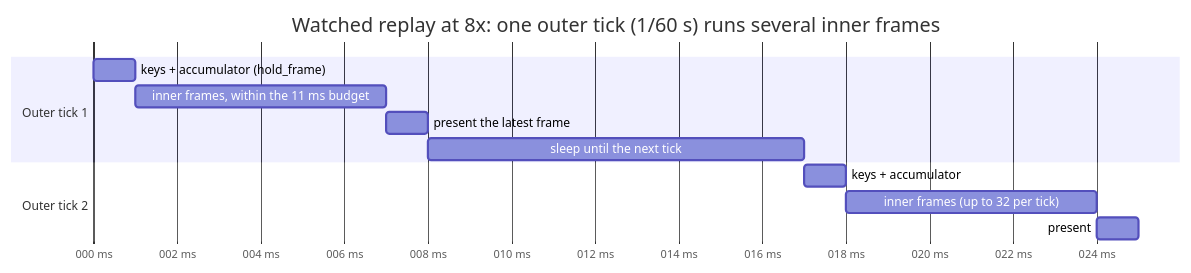
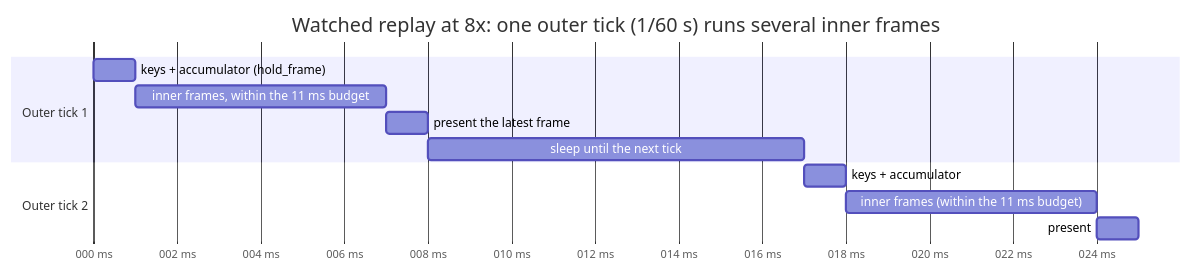
Before and after one commit to terrysimons/glitchygames: the third of 5 diagrams in docs/architecture/playback/speeds-and-timing.md, drawn with Mermaid. The commit also changed other lines of this file and 13 other files, not shown here.

````diff
--- a/docs/architecture/playback/speeds-and-timing.md
+++ b/docs/architecture/playback/speeds-and-timing.md
@@ -113,15 +113,15 @@
 ```mermaid
 gantt
     title Watched replay at 8x: one outer tick (1/60 s) runs several inner frames
     dateFormat x
     axisFormat %L ms
     section Outer tick 1
     keys + accumulator (hold_frame)         :k1, 0, 1
     inner frames, within the 11 ms budget   :i1, 1, 7
     present the latest frame                :p1, 7, 8
     sleep until the next tick               :s1, 8, 17
     section Outer tick 2
     keys + accumulator                      :k2, 17, 18
-    inner frames (up to 32 per tick)        :i2, 18, 24
+    inner frames (within the 11 ms budget)  :i2, 18, 24
     present                                 :p2, 24, 25
 ```
````
